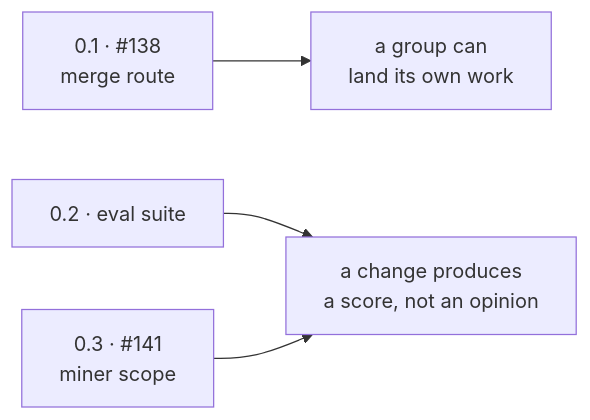
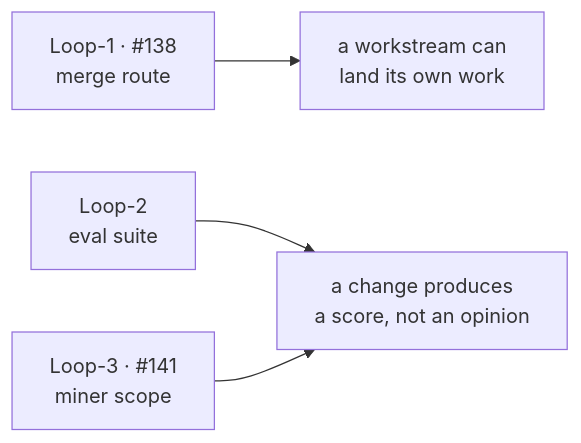
The second of 6 diagrams in docs/arc-work/04-dogfood/issue-plan.md (Calyx-Engineering/arc), drawn with Mermaid before and after one commit. The commit also changed other lines of this file and 2 other files, not shown here.

````diff
--- a/docs/arc-work/04-dogfood/issue-plan.md
+++ b/docs/arc-work/04-dogfood/issue-plan.md
@@ -101,6 +77,6 @@
 ```mermaid
 flowchart LR
-    A["0.1 · #138<br/>merge route"] --> L["a group can<br/>land its own work"]
-    B["0.2 · eval suite"] --> M["a change produces<br/>a score, not an opinion"]
-    C["0.3 · #141<br/>miner scope"] --> M
+    A["Loop-1 · #138<br/>merge route"] --> M["a workstream can<br/>land its own work"]
+    B["Loop-2<br/>eval suite"] --> S["a change produces<br/>a score, not an opinion"]
+    C["Loop-3 · #141<br/>miner scope"] --> S
 ```
````
